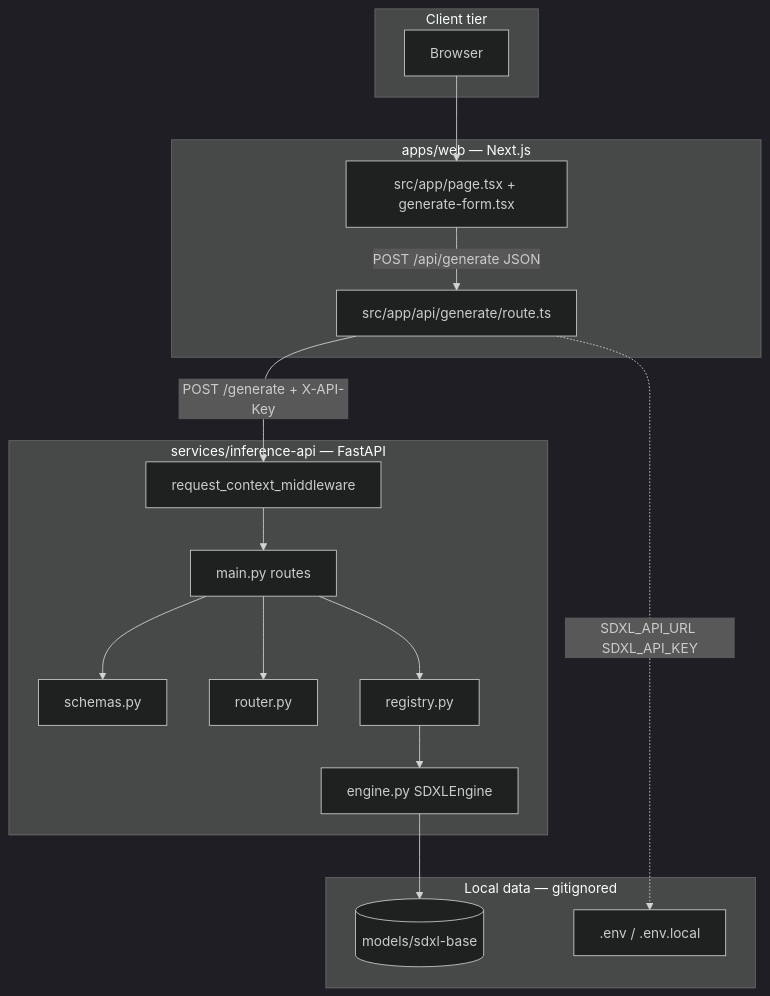
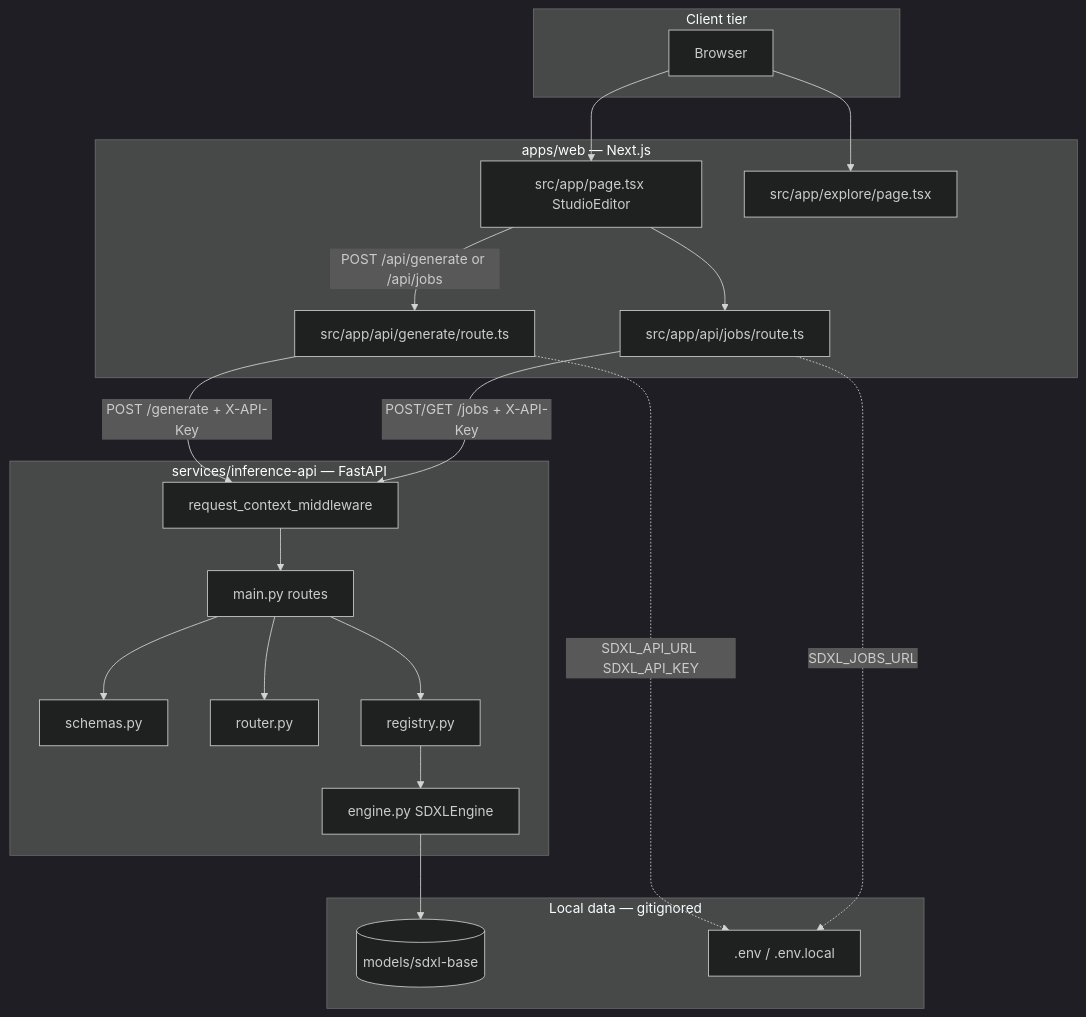
Before and after one commit to kirank93611/vid-gen-sdxl-pipe: the first of 10 diagrams in LLD.md, drawn with Mermaid (dark theme). The commit also changed other lines of this file and 64 other files, not shown here.

First line of the commit message:
Add studio UI, inpaint jobs, and Spheron deploy runbooks.

````diff
--- a/LLD.md
+++ b/LLD.md
@@ -13,36 +13,42 @@
 ```mermaid
 flowchart TB
     subgraph ClientTier["Client tier"]
         Browser[Browser]
     end
 
     subgraph WebTier["apps/web — Next.js"]
-        Page[src/app/page.tsx + generate-form.tsx]
-        Proxy[src/app/api/generate/route.ts]
+        Page[src/app/page.tsx StudioEditor]
+        Explore[src/app/explore/page.tsx]
+        ProxyGen[src/app/api/generate/route.ts]
+        ProxyJobs[src/app/api/jobs/route.ts]
     end
 
     subgraph APITier["services/inference-api — FastAPI"]
         MW[request_context_middleware]
         Routes[main.py routes]
         Schemas[schemas.py]
         Router[router.py]
         Registry[registry.py]
         Engine[engine.py SDXLEngine]
     end
 
     subgraph DataTier["Local data — gitignored"]
         Weights[(models/sdxl-base)]
         Env[.env / .env.local]
     end
 
     Browser --> Page
-    Page -->|POST /api/generate JSON| Proxy
-    Proxy -->|POST /generate + X-API-Key| MW
+    Browser --> Explore
+    Page -->|POST /api/generate or /api/jobs| ProxyGen
+    Page --> ProxyJobs
+    ProxyGen -->|POST /generate + X-API-Key| MW
+    ProxyJobs -->|POST/GET /jobs + X-API-Key| MW
     MW --> Routes
     Routes --> Schemas
     Routes --> Router
     Routes --> Registry
     Registry --> Engine
     Engine --> Weights
-    Proxy -.->|SDXL_API_URL SDXL_API_KEY| Env
+    ProxyGen -.->|SDXL_API_URL SDXL_API_KEY| Env
+    ProxyJobs -.->|SDXL_JOBS_URL| Env
 ```
````
